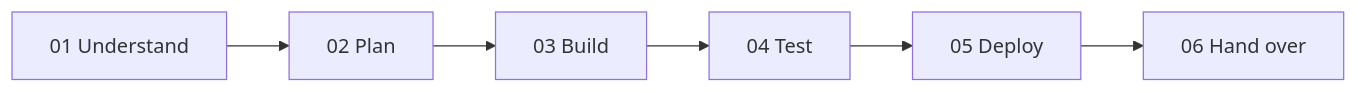
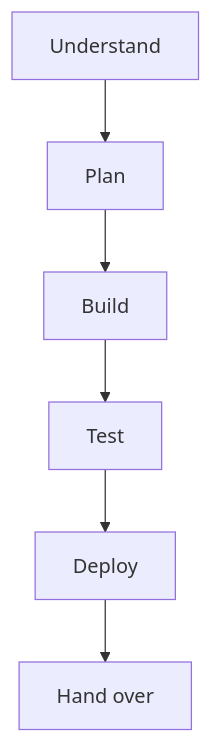
Before and after one commit to Hari-r31/Hari-r31: the fifth of 5 diagrams in README.md, drawn with Mermaid. The commit also changed other lines of this file and 1 other file, not shown here.

````diff
--- a/README.md
+++ b/README.md
@@ -312,4 +314,4 @@
 ```mermaid
-flowchart LR
-    A[01 Understand] --> B[02 Plan] --> C[03 Build] --> D[04 Test] --> E[05 Deploy] --> F[06 Hand over]
+flowchart TD
+    A[Understand] --> B[Plan] --> C[Build] --> D[Test] --> E[Deploy] --> F[Hand over]
 ```
````
